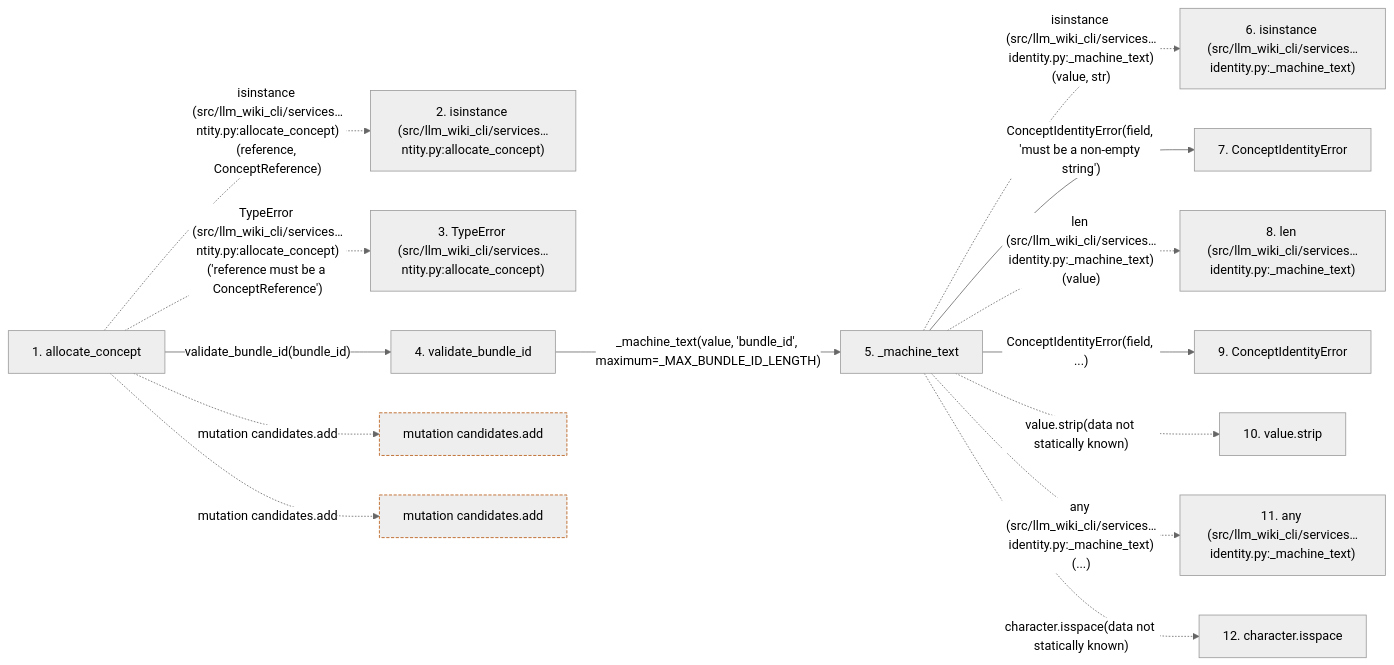
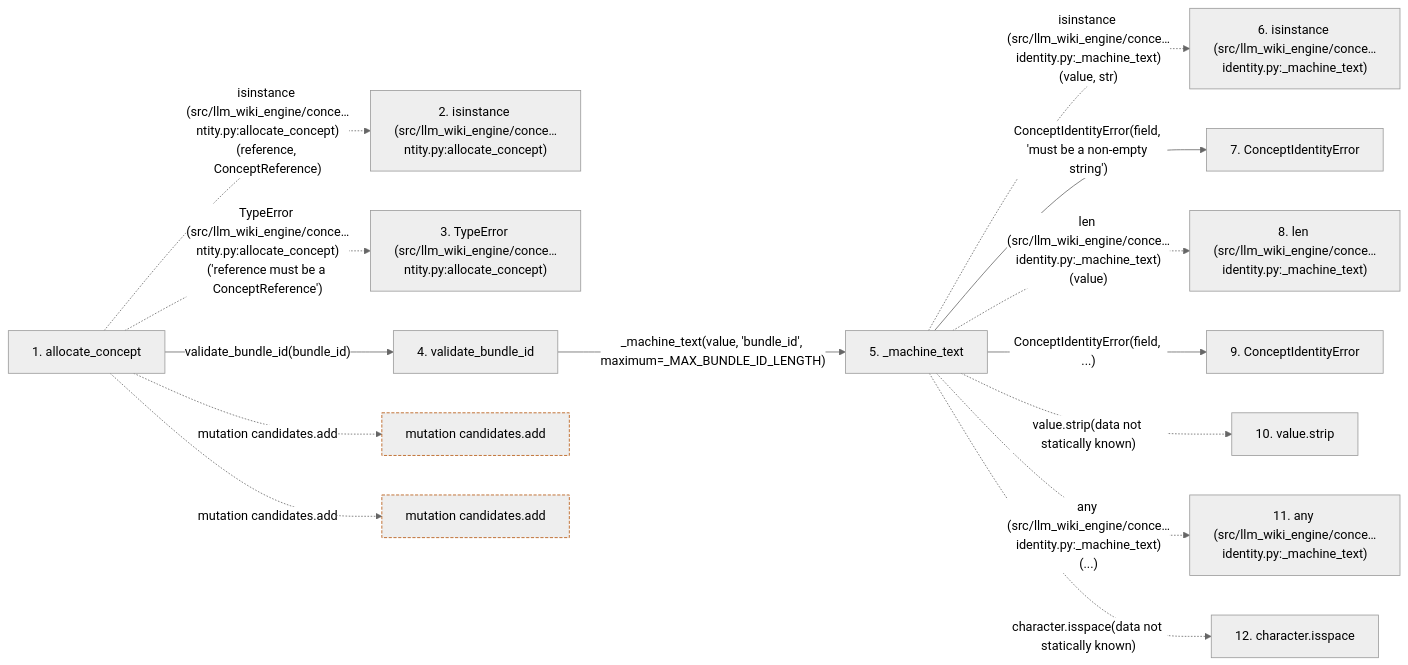
Before and after one commit to Denissvgn/python-wiki-llm: the second of 2 diagrams in docs/llm_wiki/flows/api-allocate_concept.md, drawn with Mermaid (neutral theme). The commit also changed other lines of this file and 1103 other files, not shown here.

First line of the commit message:
docs: refresh the wiki for the llm-wiki-engine distribution

````diff
--- a/docs/llm_wiki/flows/api-allocate_concept.md
+++ b/docs/llm_wiki/flows/api-allocate_concept.md
@@ -128,38 +128,38 @@
 ```mermaid
 flowchart LR
     s1["1. allocate_concept"]
-    s2["2. isinstance (src/llm_wiki_cli/services…ntity.py:allocate_concept)"]
-    s3["3. TypeError (src/llm_wiki_cli/services…ntity.py:allocate_concept)"]
+    s2["2. isinstance (src/llm_wiki_engine/conce…ntity.py:allocate_concept)"]
+    s3["3. TypeError (src/llm_wiki_engine/conce…ntity.py:allocate_concept)"]
     s4["4. validate_bundle_id"]
     s5["5. _machine_text"]
-    s6["6. isinstance (src/llm_wiki_cli/services…identity.py:_machine_text)"]
+    s6["6. isinstance (src/llm_wiki_engine/conce…identity.py:_machine_text)"]
     s7["7. ConceptIdentityError"]
-    s8["8. len (src/llm_wiki_cli/services…identity.py:_machine_text)"]
+    s8["8. len (src/llm_wiki_engine/conce…identity.py:_machine_text)"]
     s9["9. ConceptIdentityError"]
     s10["10. value.strip"]
-    s11["11. any (src/llm_wiki_cli/services…identity.py:_machine_text)"]
+    s11["11. any (src/llm_wiki_engine/conce…identity.py:_machine_text)"]
     s12["12. character.isspace"]
-    s1 -. "isinstance (src/llm_wiki_cli/services…ntity.py:allocate_concept)(reference, ConceptReference)" .-> s2
-    s1 -. "TypeError (src/llm_wiki_cli/services…ntity.py:allocate_concept)('reference must be a ConceptReference')" .-> s3
+    s1 -. "isinstance (src/llm_wiki_engine/conce…ntity.py:allocate_concept)(reference, ConceptReference)" .-> s2
+    s1 -. "TypeError (src/llm_wiki_engine/conce…ntity.py:allocate_concept)('reference must be a ConceptReference')" .-> s3
     s1 -->|"validate_bundle_id(bundle_id)"| s4
     s4 -->|"_machine_text(value, 'bundle_id', maximum=_MAX_BUNDLE_ID_LENGTH)"| s5
-    s5 -. "isinstance (src/llm_wiki_cli/services…identity.py:_machine_text)(value, str)" .-> s6
+    s5 -. "isinstance (src/llm_wiki_engine/conce…identity.py:_machine_text)(value, str)" .-> s6
     s5 -->|"ConceptIdentityError(field, 'must be a non-empty string')"| s7
-    s5 -. "len (src/llm_wiki_cli/services…identity.py:_machine_text)(value)" .-> s8
+    s5 -. "len (src/llm_wiki_engine/conce…identity.py:_machine_text)(value)" .-> s8
     s5 -->|"ConceptIdentityError(field, ...)"| s9
     s5 -. "value.strip(data not statically known)" .-> s10
-    s5 -. "any (src/llm_wiki_cli/services…identity.py:_machine_text)(...)" .-> s11
+    s5 -. "any (src/llm_wiki_engine/conce…identity.py:_machine_text)(...)" .-> s11
     s5 -. "character.isspace(data not statically known)" .-> s12
     b0["mutation candidates.add"]
     s1 -. "mutation candidates.add" .-> b0
     b1["mutation candidates.add"]
     s1 -. "mutation candidates.add" .-> b1
     click s1 "../modules/concept_identity.md"
     click s4 "../modules/concept_identity.md"
     click s5 "../modules/concept_identity.md"
     click s7 "../modules/concept_identity.md"
     click s9 "../modules/concept_identity.md"
     classDef boundary stroke:#b45309,stroke-dasharray: 4 2
     class b0 boundary
     class b1 boundary
 ```
````
